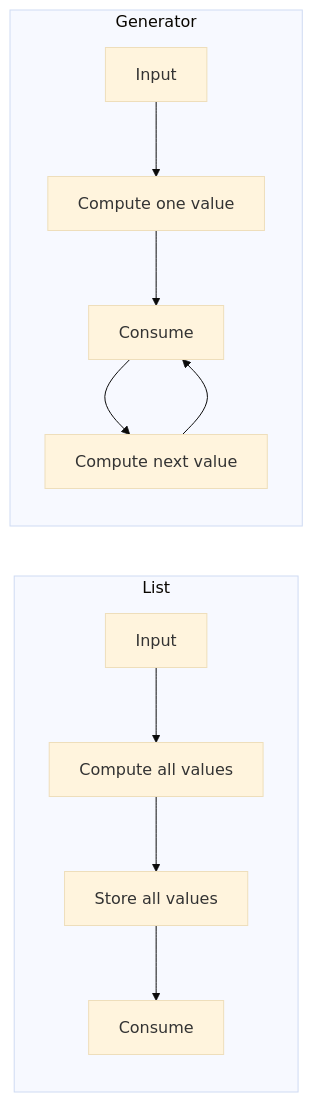
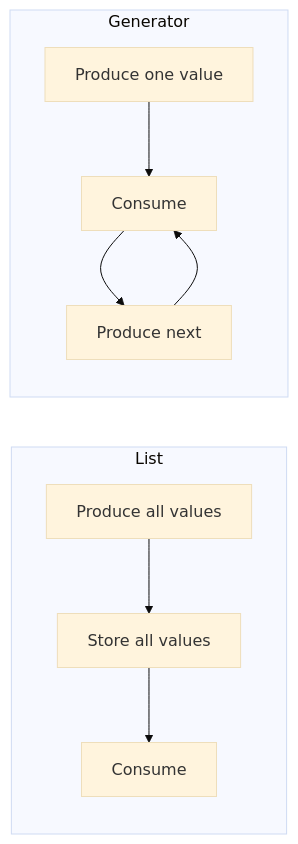
One commit to AvadhBhalodiya/Interview-Preparation changed the fourth of 4 diagrams in src/content/python/generators-iterators-yield.md. Above: the diagram before and after it, drawn with Mermaid (base theme). The commit also changed other lines of this file and 80 other files, not shown here.

````diff
--- a/src/content/python/generators-iterators-yield.md
+++ b/src/content/python/generators-iterators-yield.md
@@ -820,15 +321,11 @@
 ```mermaid
 flowchart LR
     subgraph LIST[List]
-        L1[Input] --> L2[Compute all values]
-        L2 --> L3[Store all values]
-        L3 --> L4[Consume]
+        L1[Produce all values] --> L2[Store all values] --> L3[Consume]
     end
 
     subgraph GEN[Generator]
-        G1[Input] --> G2[Compute one value]
-        G2 --> G3[Consume]
-        G3 --> G4[Compute next value]
-        G4 --> G3
+        G1[Produce one value] --> G2[Consume] --> G3[Produce next]
+        G3 --> G2
     end
 ```
````
